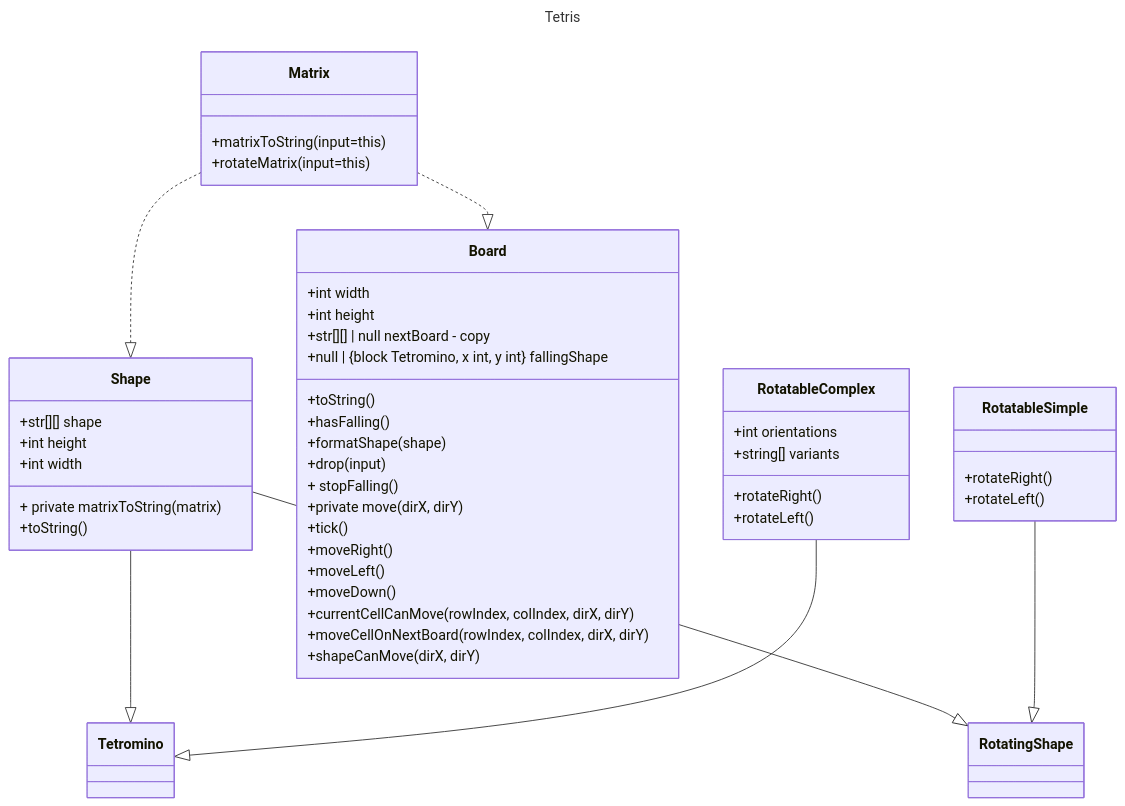
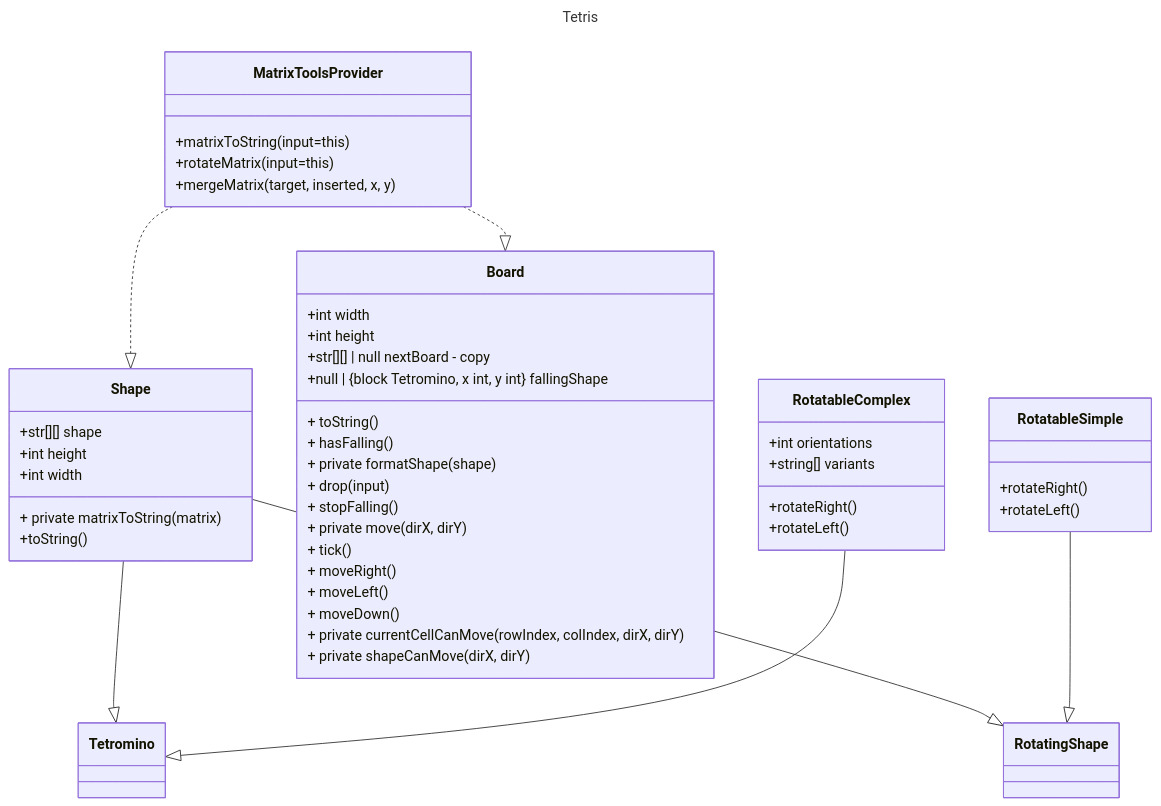
One commit to gros-pataplouf/tetris_tdd changed the diagram in docs/diagram_changes.md. Above: the diagram before and after it, drawn with Mermaid. The commit also changed 1 other file, not shown here.

Commit message:
tests pass

````diff
--- a/docs/diagram_changes.md
+++ b/docs/diagram_changes.md
@@ -1,49 +1,49 @@
 ```mermaid
 ---
 title: Tetris
 ---
 
  
 classDiagram
-    Matrix ..|> Shape
-    Matrix ..|> Board
-    Matrix: +matrixToString(input=this)
-    Matrix: +rotateMatrix(input=this)
+    MatrixToolsProvider ..|> Shape
+    MatrixToolsProvider ..|> Board
+    MatrixToolsProvider: +matrixToString(input=this)
+    MatrixToolsProvider: +rotateMatrix(input=this)
+    MatrixToolsProvider: +mergeMatrix(target, inserted, x, y)
     Shape --|> Tetromino
     RotatableComplex --|> Tetromino
     Shape --|> RotatingShape
     RotatableSimple --|> RotatingShape
     RotatableSimple: +rotateRight()
     RotatableSimple: +rotateLeft()
     RotatableComplex: +int orientations
     RotatableComplex: +string[] variants
     RotatableComplex: +rotateRight()
     RotatableComplex: +rotateLeft()
     Shape: +str[][] shape
     Shape: +int height
     Shape: +int width
     Shape: + private matrixToString(matrix)
     Shape: +toString()
     Board: +int width
     Board: +int height
     Board: +str[][] | null nextBoard - copy
     Board: +null | {block Tetromino, x int, y int} fallingShape 
-    Board: +toString()
-    Board: +hasFalling()
-    Board: +formatShape(shape)
-    Board: +drop(input)
+    Board: + toString()
+    Board: + hasFalling()
+    Board: + private formatShape(shape)
+    Board: + drop(input)
     Board: + stopFalling()
-    Board: +private move(dirX, dirY)
-    Board: +tick()
-    Board: +moveRight()
-    Board: +moveLeft()
-    Board: +moveDown()
-    Board: +currentCellCanMove(rowIndex, colIndex, dirX, dirY)
-    Board: +moveCellOnNextBoard(rowIndex, colIndex, dirX, dirY)
-    Board: +shapeCanMove(dirX, dirY)
+    Board: + private move(dirX, dirY)
+    Board: + tick()
+    Board: + moveRight()
+    Board: + moveLeft()
+    Board: + moveDown()
+    Board: + private currentCellCanMove(rowIndex, colIndex, dirX, dirY)
+    Board: + private shapeCanMove(dirX, dirY)
 
 
 
 
 
 ```
````
